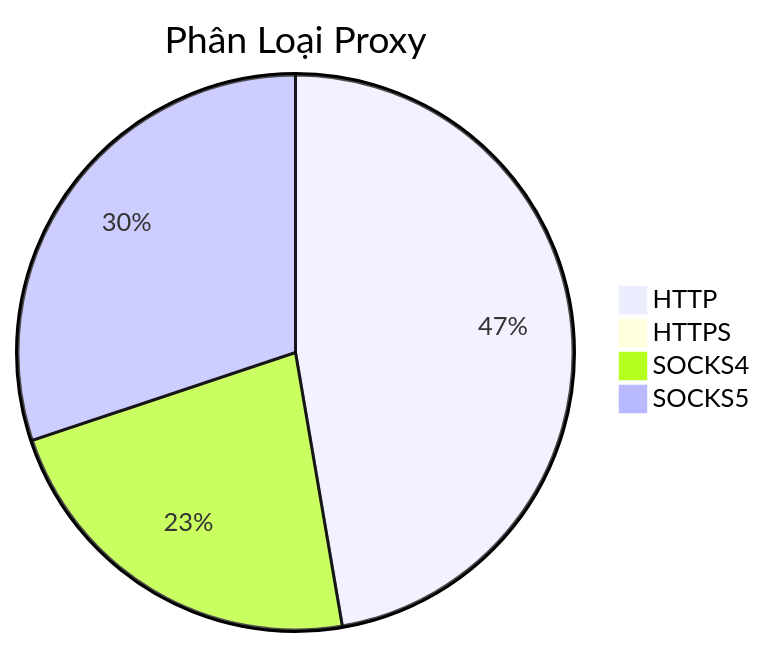
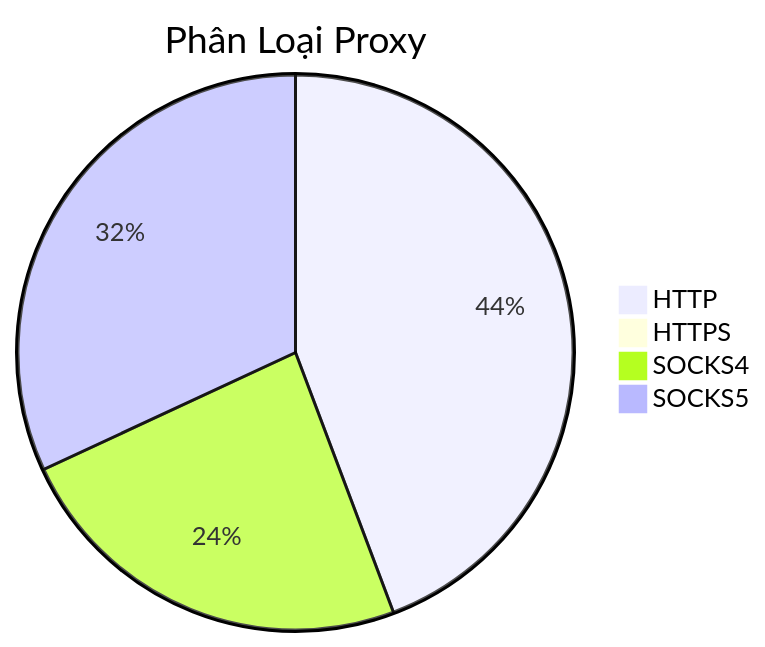
The diagram in README.md (Ciara-12/PROXY-free), drawn with Mermaid before and after one commit. The commit also changed other lines of this file and 4 other files, not shown here.

````diff
--- a/README.md
+++ b/README.md
@@ -26,7 +26,7 @@
 ```mermaid
 pie title Phân Loại Proxy
-    "HTTP" : 570
-    "HTTPS" : 1
-    "SOCKS4" : 272
-    "SOCKS5" : 363
+    "HTTP" : 459
+    "HTTPS" : 2
+    "SOCKS4" : 247
+    "SOCKS5" : 331
 ```
````
